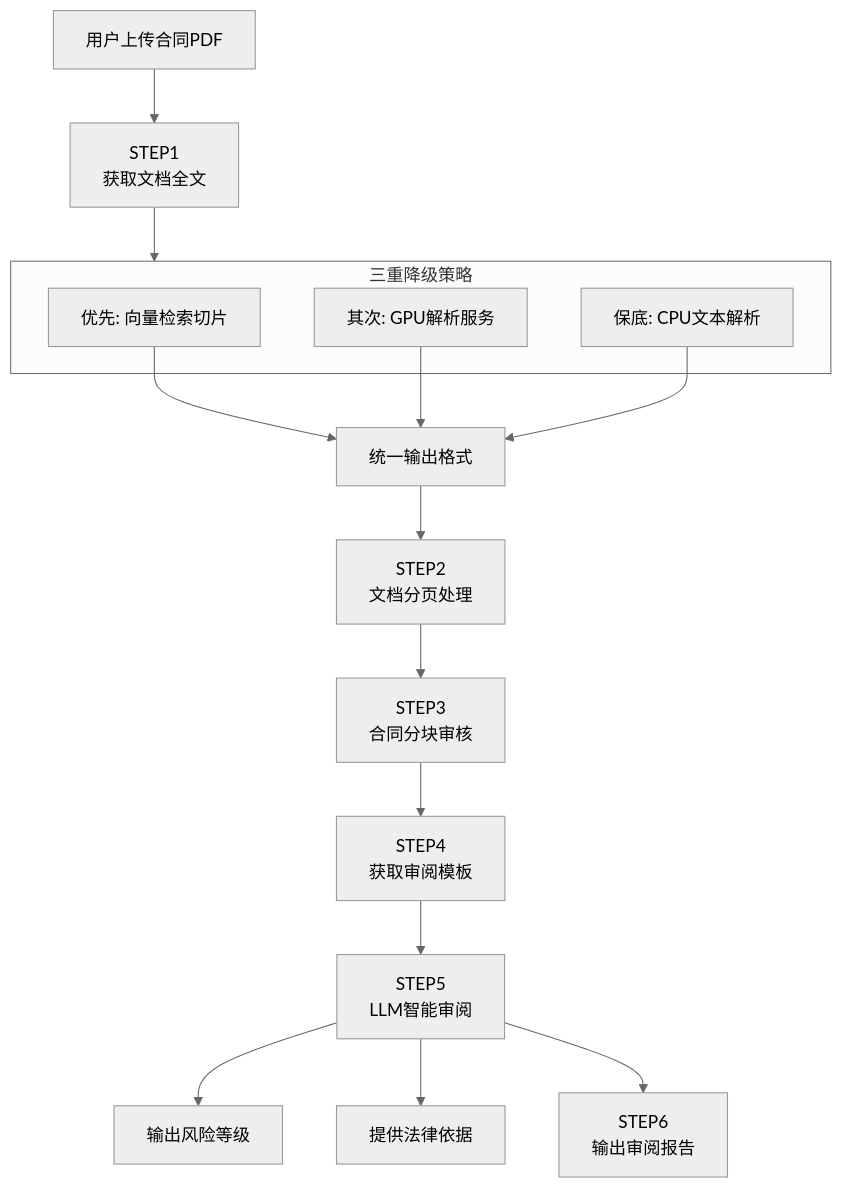
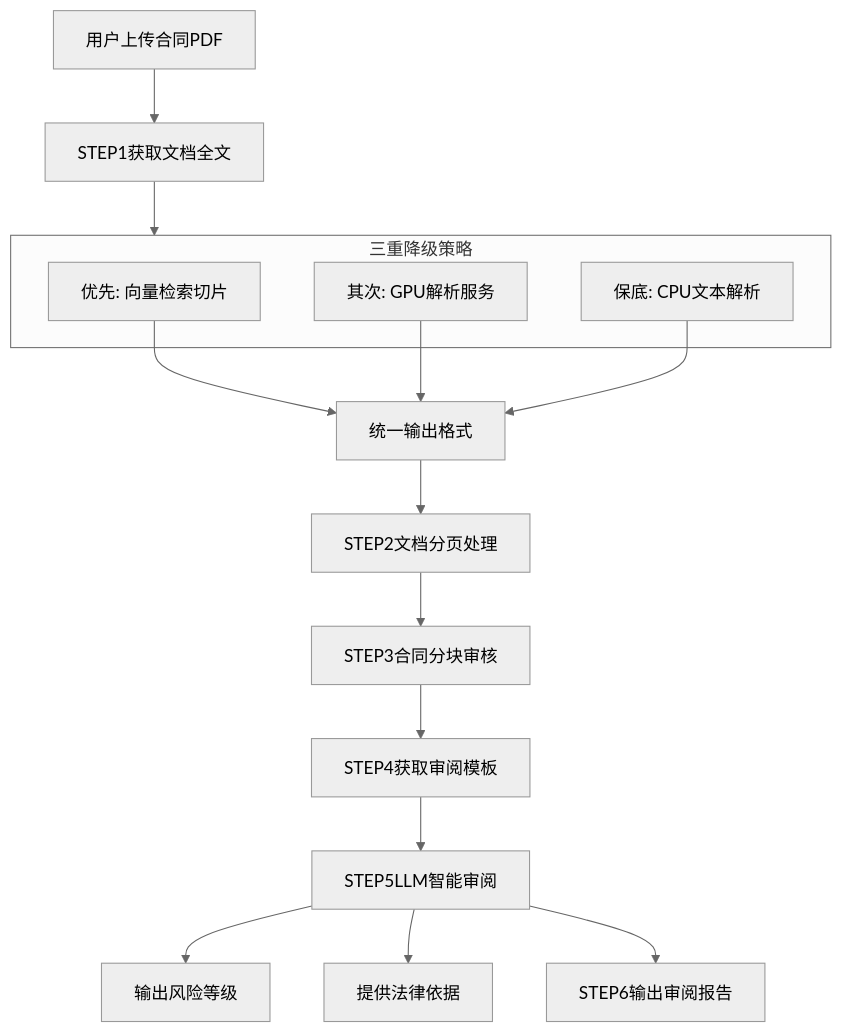
One commit to kcenter-ai/kcenter_blog changed the eighth of 11 diagrams in source/_posts/知识助手技术原理.md. Above: the diagram before and after it, drawn with Mermaid (neutral theme). The commit also changed other lines of this file, not shown here.

First line of the commit message:
Fix: 修复 Mermaid 图表decision node显示问题

````diff
--- a/source/_posts/知识助手技术原理.md
+++ b/source/_posts/知识助手技术原理.md
@@ -321,22 +321,22 @@
 ```mermaid
 flowchart TB
-    A[用户上传合同PDF] --> B[STEP1<br/>获取文档全文]
+    A[用户上传合同PDF] --> B[STEP1获取文档全文]
     subgraph B1["三重降级策略"]
         B2[优先: 向量检索切片]
         B3[其次: GPU解析服务]
         B4[保底: CPU文本解析]
     end
     B --> B1
     
     B2 --> C[统一输出格式]
     B3 --> C
     B4 --> C
     
-    C --> D[STEP2<br/>文档分页处理]
-    D --> E[STEP3<br/>合同分块审核]
-    E --> F[STEP4<br/>获取审阅模板]
-    F --> G[STEP5<br/>LLM智能审阅]
+    C --> D[STEP2文档分页处理]
+    D --> E[STEP3合同分块审核]
+    E --> F[STEP4获取审阅模板]
+    F --> G[STEP5LLM智能审阅]
     G --> G1[输出风险等级]
     G --> G2[提供法律依据]
-    G --> H[STEP6<br/>输出审阅报告]
+    G --> H[STEP6输出审阅报告]
 ```
````
